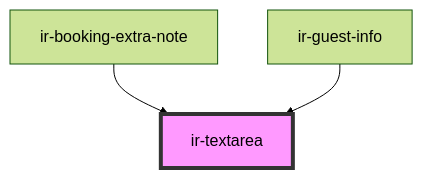
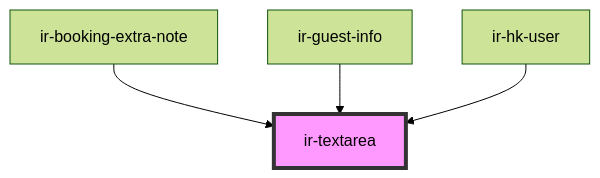
The diagram in src/components/ui/ir-textarea/readme.md (RonyRizk/ir-webcmp), drawn with Mermaid (forest theme) before and after one commit. The commit also changed other lines of this file and 293 other files, not shown here.

````diff
--- a/src/components/ui/ir-textarea/readme.md
+++ b/src/components/ui/ir-textarea/readme.md
@@ -40,6 +42,7 @@
 ```mermaid
 graph TD;
   ir-booking-extra-note --> ir-textarea
   ir-guest-info --> ir-textarea
+  ir-hk-user --> ir-textarea
   style ir-textarea fill:#f9f,stroke:#333,stroke-width:4px
 ```
````
